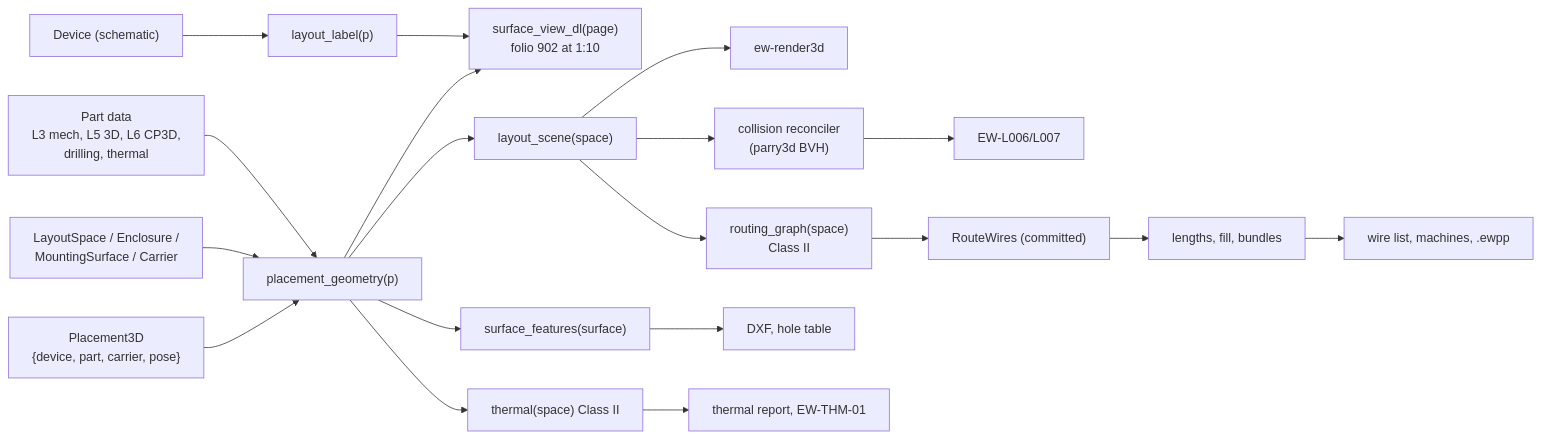
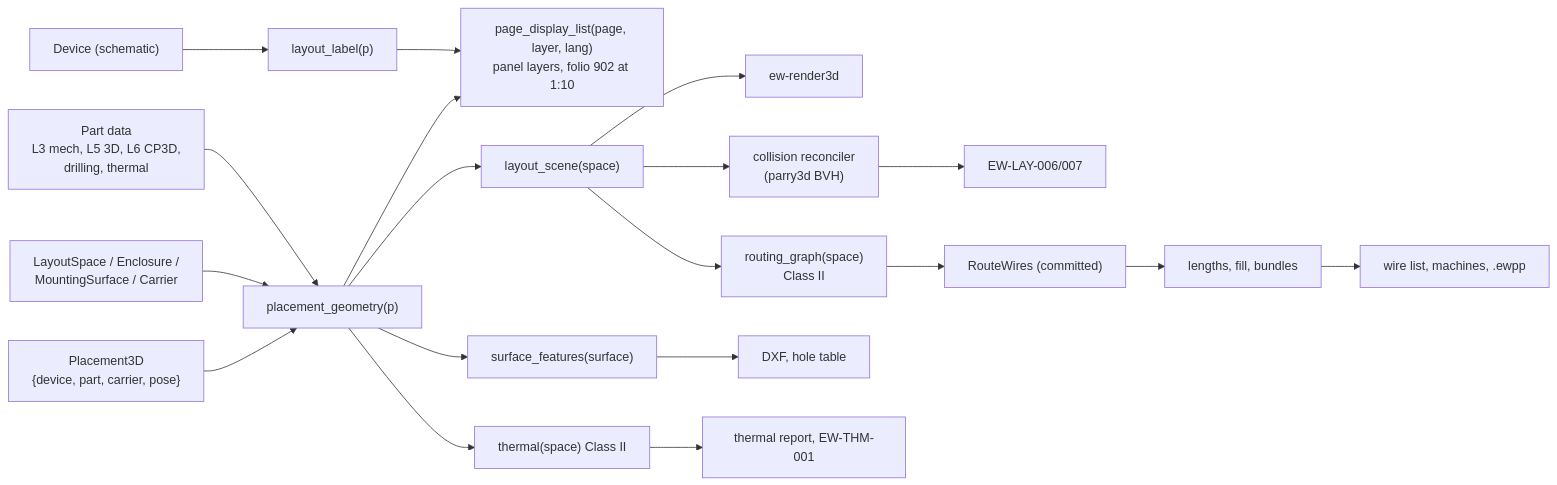
Before and after one commit to Ironkode787/ElektraWatt: the first of 2 diagrams in docs/design/12-panel-layout.md, drawn with Mermaid. The commit also changed other lines of this file and 51 other files, not shown here.

````diff
--- a/docs/design/12-panel-layout.md
+++ b/docs/design/12-panel-layout.md
@@ -92,15 +92,15 @@
 ```mermaid
 flowchart LR
   PART["Part data<br/>L3 mech, L5 3D, L6 CP3D,<br/>drilling, thermal"] --> GEO["placement_geometry(p)"]
   LS["LayoutSpace / Enclosure /<br/>MountingSurface / Carrier"] --> GEO
   PL["Placement3D<br/>{device, part, carrier, pose}"] --> GEO
   DEV["Device (schematic)"] --> LBL["layout_label(p)"]
-  GEO --> P2D["surface_view_dl(page)<br/>folio 902 at 1:10"]
+  GEO --> P2D["page_display_list(page, layer, lang)<br/>panel layers, folio 902 at 1:10"]
   LBL --> P2D
   GEO --> SC["layout_scene(space)"] --> R3D["ew-render3d"]
-  SC --> REC["collision reconciler<br/>(parry3d BVH)"] --> L006["EW-L006/L007"]
+  SC --> REC["collision reconciler<br/>(parry3d BVH)"] --> L006["EW-LAY-006/007"]
   SC --> RG["routing_graph(space)<br/>Class II"] --> RW["RouteWires (committed)"]
   RW --> LEN["lengths, fill, bundles"] --> MFG["wire list, machines, .ewpp"]
   GEO --> FEAT["surface_features(surface)"] --> DXF["DXF, hole table"]
-  GEO --> TH["thermal(space) Class II"] --> THR["thermal report, EW-THM-01"]
+  GEO --> TH["thermal(space) Class II"] --> THR["thermal report, EW-THM-001"]
 ```
````
